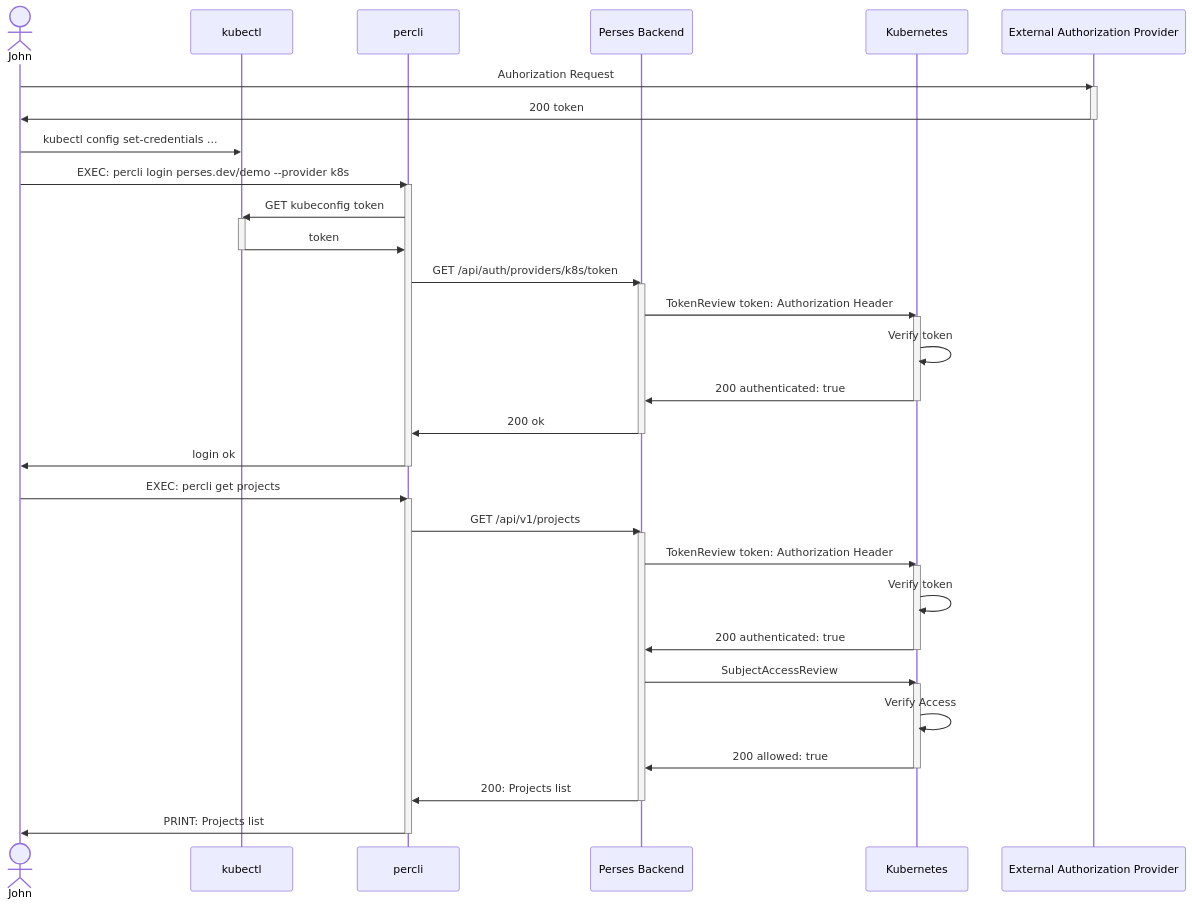
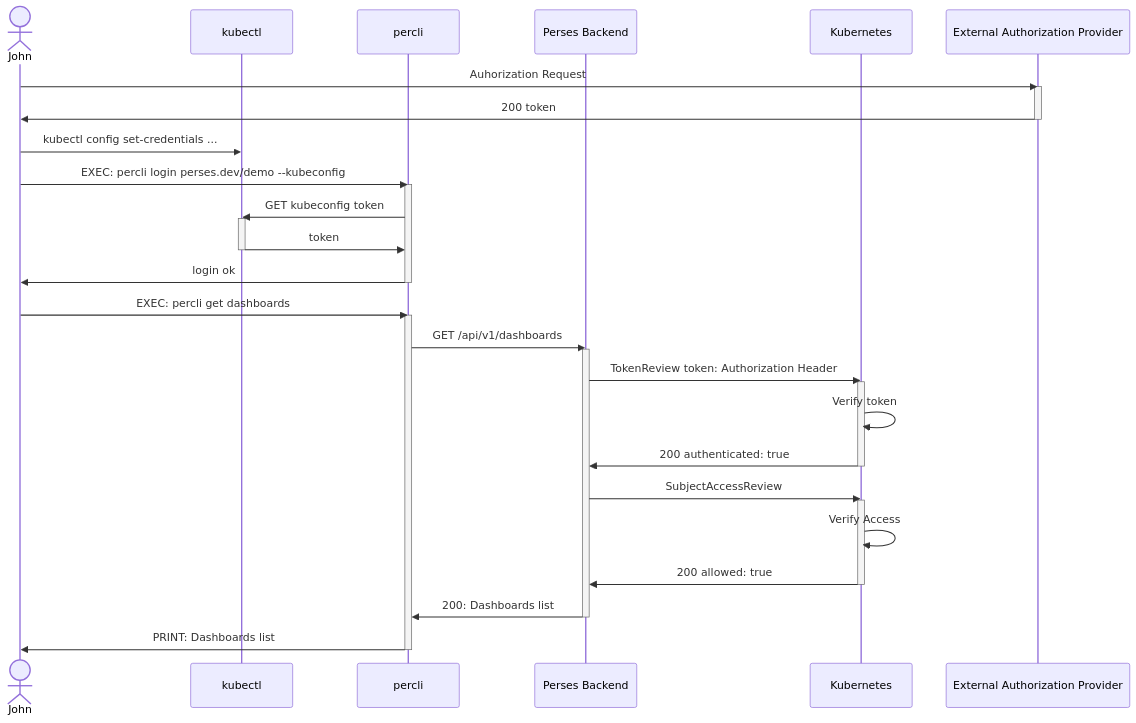
Before and after one commit to perses/perses: the eighth of 8 diagrams in docs/concepts/authentication.md, drawn with Mermaid. The commit also changed other lines of this file, not shown here.

Commit message:
[IGNORE] update sequence diagrams to show k8s auth flows

````diff
--- a/docs/concepts/authentication.md
+++ b/docs/concepts/authentication.md
@@ -466,52 +471,43 @@
 ```mermaid
 sequenceDiagram
     actor hu as John
     participant k as kubectl
     participant pc as percli
     participant rp as Perses Backend
     participant k8s as Kubernetes
     participant ap as External Authorization Provider
 
     hu->>ap: Auhorization Request
     activate ap
     ap->>hu: 200 token
     deactivate ap
     hu->>k: kubectl config set-credentials ...
-    hu->>pc: EXEC: percli login perses.dev/demo --provider k8s
+    hu->>pc: EXEC: percli login perses.dev/demo --kubeconfig
     activate pc
     pc->>k: GET kubeconfig token
     activate k
     k->>pc: token
     deactivate k
-    pc->>rp: GET /api/auth/providers/k8s/token
-    activate rp
-    rp->>k8s: TokenReview token: Authorization Header
-    activate k8s
-    k8s->>k8s: Verify token
-    k8s->>rp: 200 authenticated: true
-    deactivate k8s
-    rp->>pc: 200 ok
-    deactivate rp
     pc->>hu: login ok
     deactivate pc
 
-    hu->>pc: EXEC: percli get projects
+    hu->>pc: EXEC: percli get dashboards
     activate pc
-    pc->>rp: GET /api/v1/projects
+    pc->>rp: GET /api/v1/dashboards
     activate rp
     rp->>k8s: TokenReview token: Authorization Header
     activate k8s
     k8s->>k8s: Verify token
     k8s->>rp: 200 authenticated: true
     deactivate k8s
     rp->>k8s: SubjectAccessReview
     activate k8s
     k8s->>k8s: Verify Access
     k8s->>rp: 200 allowed: true
     deactivate k8s
-    rp->>pc: 200: Projects list
+    rp->>pc: 200: Dashboards list
     deactivate rp
-    pc->>hu: PRINT: Projects list
+    pc->>hu: PRINT: Dashboards list
     deactivate pc
 
 ```
````
